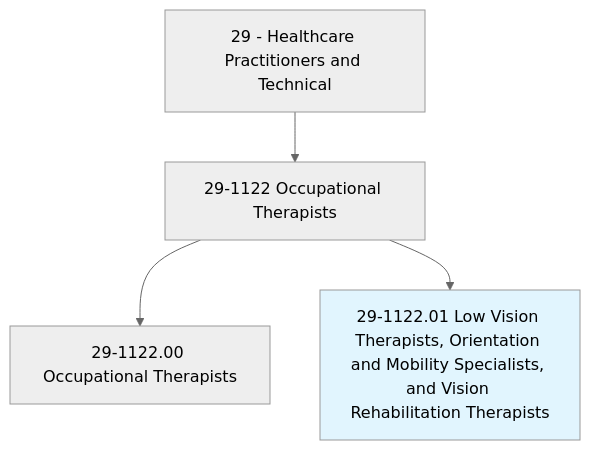
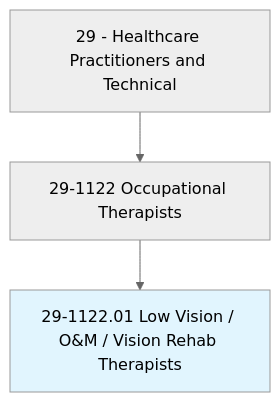
The first of 4 diagrams in occupations/HealthcarePractitioners/LowVisionTherapistsOrientationAndMobilitySpecialistsAndVisionRehabilitationTherapists.mdx (kziemski/business.org.ai), drawn with Mermaid (neutral theme) before and after one commit. The commit also changed other lines of this file and 938 other files, not shown here.

````diff
--- a/occupations/HealthcarePractitioners/LowVisionTherapistsOrientationAndMobilitySpecialistsAndVisionRehabilitationTherapists.mdx
+++ b/occupations/HealthcarePractitioners/LowVisionTherapistsOrientationAndMobilitySpecialistsAndVisionRehabilitationTherapists.mdx
@@ -19,7 +23,6 @@
 ```mermaid
 graph TD
     Cat29["29 - Healthcare Practitioners and Technical"] --> Group291122["29-1122 Occupational Therapists"]
-    Group291122 --> Base["29-1122.00 Occupational Therapists"]
-    Group291122 --> Current["29-1122.01 Low Vision Therapists, Orientation and Mobility Specialists, and Vision Rehabilitation Therapists"]
+    Group291122 --> Current["29-1122.01 Low Vision / O&M / Vision Rehab Therapists"]
     style Current fill:#e1f5fe
 ```
````
